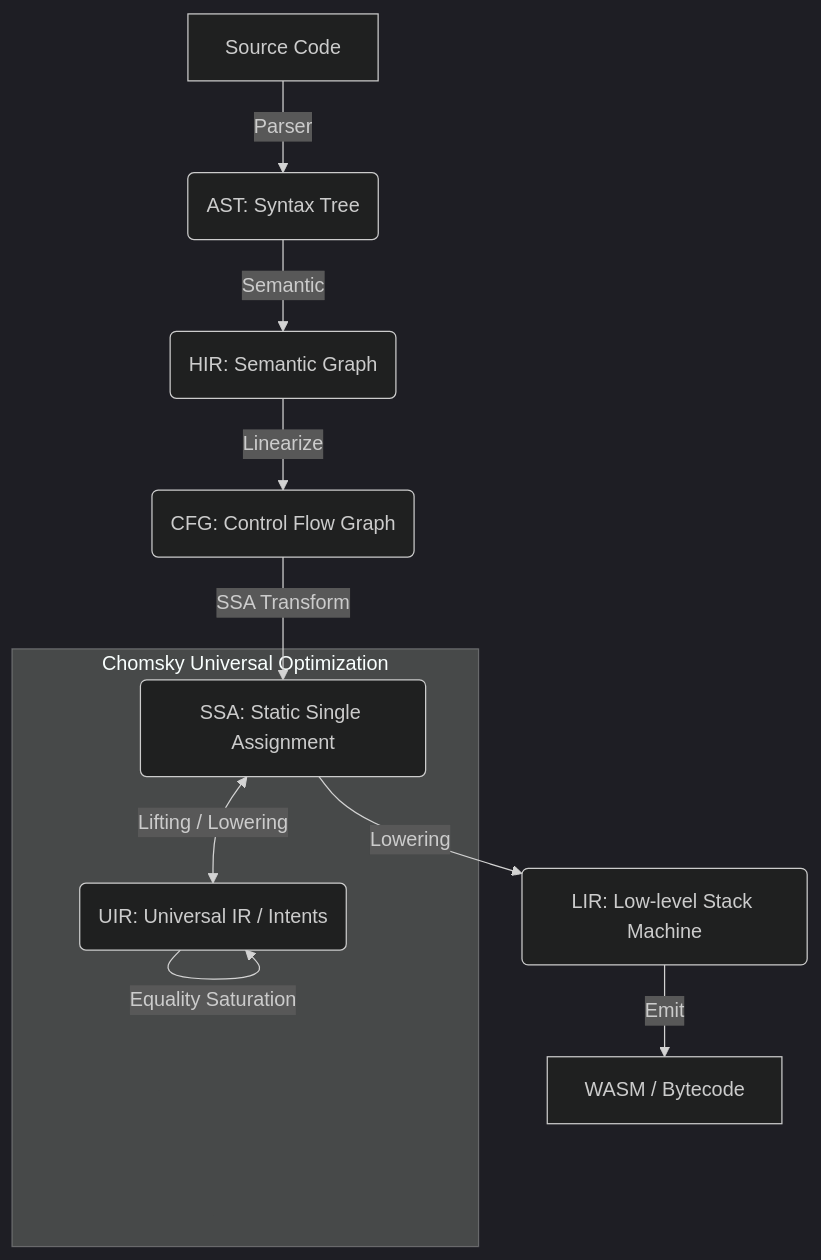
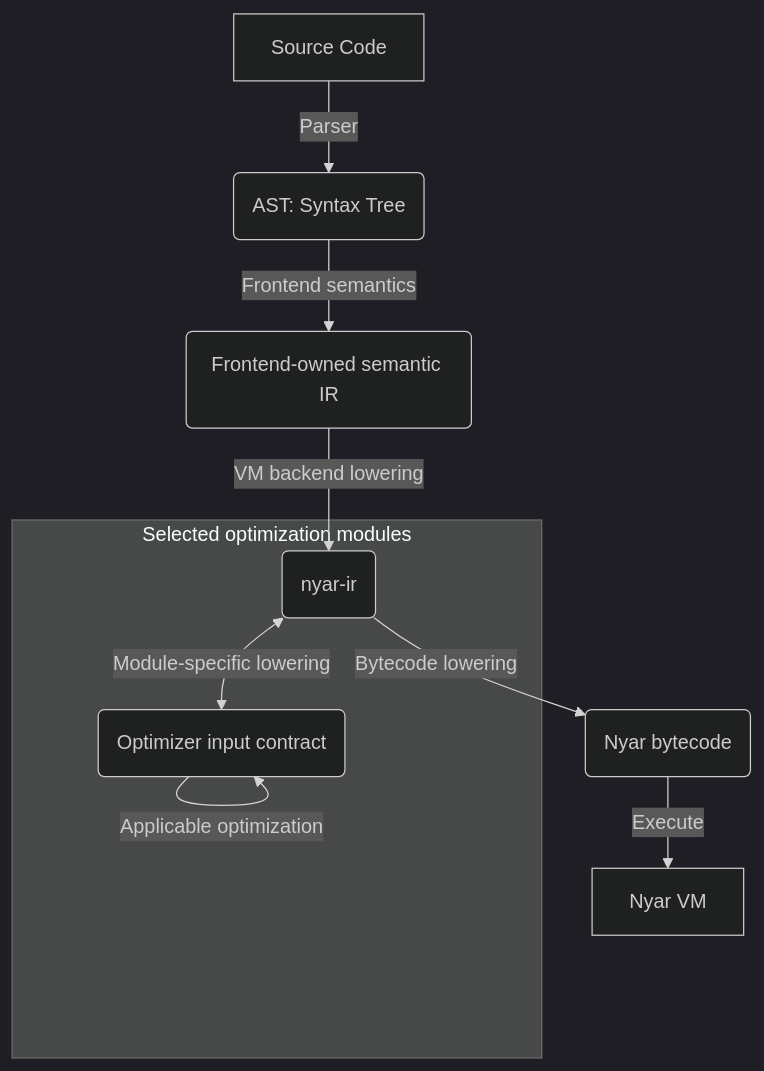
The second of 2 diagrams in documentation/maintenance/index.md (nyar-vm/nyar-vm.rs), drawn with Mermaid (dark theme) before and after one commit. The commit also changed other lines of this file and 26 other files, not shown here.

````diff
--- a/documentation/maintenance/index.md
+++ b/documentation/maintenance/index.md
@@ -43,15 +42,14 @@
 ```mermaid
 graph TD
     A[Source Code] -->|Parser| B(AST: Syntax Tree);
-    B -->|Semantic| C(HIR: Semantic Graph);
-    C -->|Linearize| D(CFG: Control Flow Graph);
-    D -->|SSA Transform| E(SSA: Static Single Assignment);
+    B -->|Frontend semantics| C(Frontend-owned semantic IR);
+    C -->|VM backend lowering| D(nyar-ir);
     
-    subgraph Optimization [Chomsky Universal Optimization]
-        E <-->|Lifting / Lowering| U(UIR: Universal IR / Intents);
-        U -->|Equality Saturation| U;
+    subgraph Optimization [Selected optimization modules]
+        D <-->|Module-specific lowering| U(Optimizer input contract);
+        U -->|Applicable optimization| U;
     end
     
-    E -->|Lowering| F(LIR: Low-level Stack Machine);
-    F -->|Emit| G[WASM / Bytecode];
+    D -->|Bytecode lowering| F(Nyar bytecode);
+    F -->|Execute| G[Nyar VM];
 ```
````
